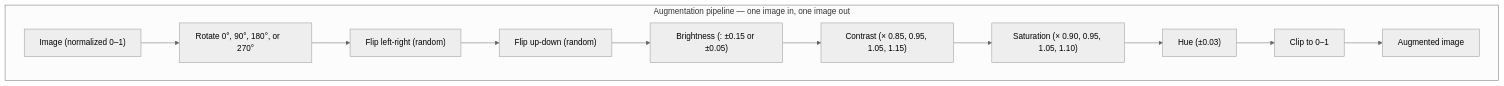
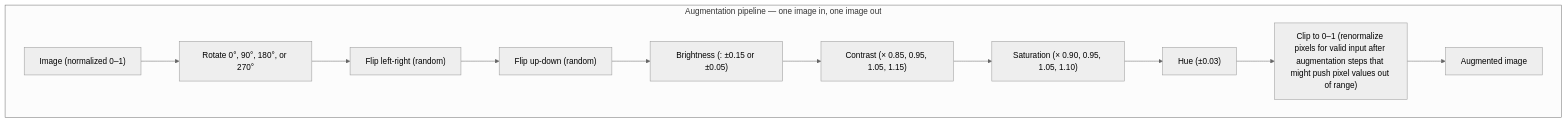
One commit to JunchenX0809/GreenSpace_CNN changed the diagram in skills/0314_process_update.md. Above: the diagram before and after it, drawn with Mermaid (neutral theme). The commit also changed 4 other files, not shown here.

````diff
--- a/skills/0314_process_update.md
+++ b/skills/0314_process_update.md
@@ -80,16 +80,16 @@
 ```mermaid
 flowchart TB
     subgraph aug["Augmentation pipeline — one image in, one image out"]
         I["Image (normalized 0–1)"]
-        R["Rotate 0°, 90°, 180°, or       270°"]
+        R["Rotate 0°, 90°, 180°, or 270°"]
         FL["Flip left-right (random)"]
         FU["Flip up-down (random)"]
         BR["Brightness (: ±0.15 or ±0.05)"]
         CO["Contrast (× 0.85, 0.95, 1.05, 1.15)"]
         SA["Saturation (× 0.90, 0.95, 1.05, 1.10)"]
         HU["Hue (±0.03)"]
-        CL["Clip to 0–1"]
+        CL["Clip to 0–1 (renormalize pixels for valid input after augmentation steps that might push pixel values out of range)"]
         O["Augmented image"]
     end
     I --> R --> FL --> FU --> BR --> CO --> SA --> HU --> CL --> O
 ```
````
